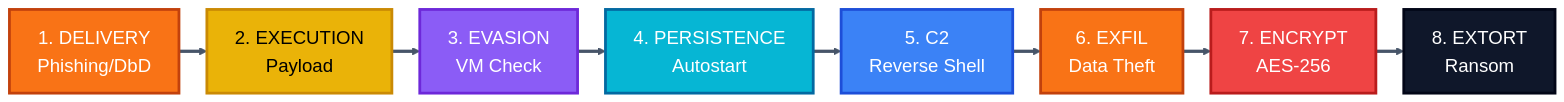
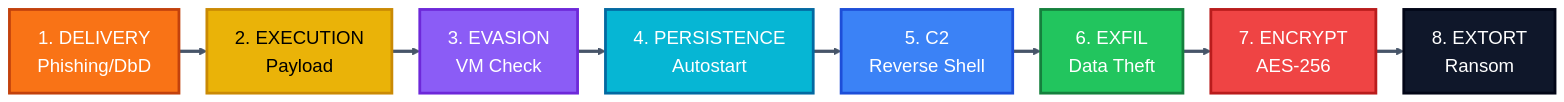
Before and after one commit to TimBLukas/rust-mw: the diagram in presentation/diagrams/07_attack_kill_chain.mmd, drawn with Mermaid. The commit also changed 6 other files, not shown here.

```diff
--- a/presentation/diagrams/07_attack_kill_chain.mmd
+++ b/presentation/diagrams/07_attack_kill_chain.mmd
@@ -1,28 +1,28 @@
 %%{init: {'theme': 'base', 'themeVariables': { 'primaryColor': '#3b82f6', 'primaryTextColor': '#ffffff', 'lineColor': '#475569', 'fontSize': '20px'}, 'flowchart': {'nodeSpacing': 20, 'rankSpacing': 30}}}%%
 
 flowchart LR
     D["1. DELIVERY\nPhishing/DbD"] ==> E["2. EXECUTION\nPayload"]
     E ==> EV["3. EVASION\nVM Check"]
     EV ==> P["4. PERSISTENCE\nAutostart"]
     P ==> C2["5. C2\nReverse Shell"]
     C2 ==> EX["6. EXFIL\nData Theft"]
     EX ==> EN["7. ENCRYPT\nAES-256"]
     EN ==> XT["8. EXTORT\nRansom"]
 
     classDef p1 fill:#f97316,stroke:#c2410c,color:#fff,stroke-width:3px
     classDef p2 fill:#eab308,stroke:#ca8a04,color:#000,stroke-width:3px
     classDef p3 fill:#8b5cf6,stroke:#6d28d9,color:#fff,stroke-width:3px
     classDef p4 fill:#06b6d4,stroke:#0369a1,color:#fff,stroke-width:3px
     classDef p5 fill:#3b82f6,stroke:#1d4ed8,color:#fff,stroke-width:3px
-    classDef p6 fill:#f97316,stroke:#c2410c,color:#fff,stroke-width:3px
+    classDef p6 fill:#22c55e,stroke:#15803d,color:#fff,stroke-width:3px
     classDef p7 fill:#ef4444,stroke:#b91c1c,color:#fff,stroke-width:3px
     classDef p8 fill:#0f172a,stroke:#020617,color:#fff,stroke-width:3px
 
     class D p1
     class E p2
     class EV p3
     class P p4
     class C2 p5
     class EX p6
     class EN p7
     class XT p8
```
